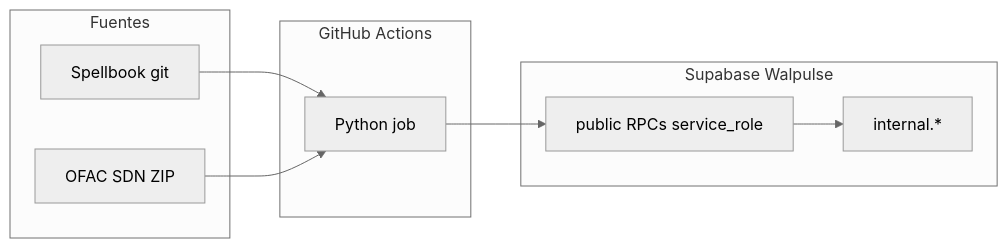
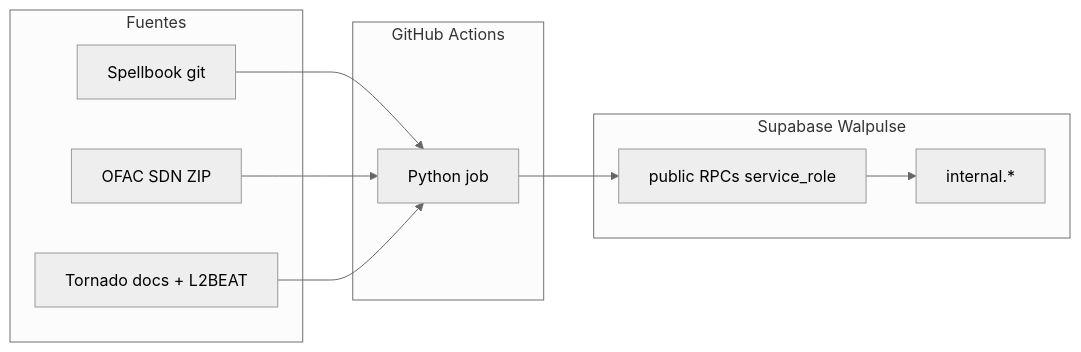
One commit to walpulse/workers changed the diagram in docs/ARCHITECTURE.md. Above: the diagram before and after it, drawn with Mermaid (neutral theme). The commit also changed other lines of this file and 13 other files, not shown here.

First line of the commit message:
Add mixer_addresses worker for Tornado and L2BEAT privacy catalogs.

````diff
--- a/docs/ARCHITECTURE.md
+++ b/docs/ARCHITECTURE.md
@@ -7,17 +7,19 @@
 ```mermaid
 flowchart LR
   subgraph sources [Fuentes]
     SB[Spellbook git]
     OFAC[OFAC SDN ZIP]
+    MIX[Tornado docs + L2BEAT]
   end
   subgraph gha [GitHub Actions]
     W[Python job]
   end
   subgraph supa [Supabase Walpulse]
     RPC[public RPCs service_role]
     INT[internal.*]
   end
   SB --> W
   OFAC --> W
+  MIX --> W
   W --> RPC --> INT
 ```
````
